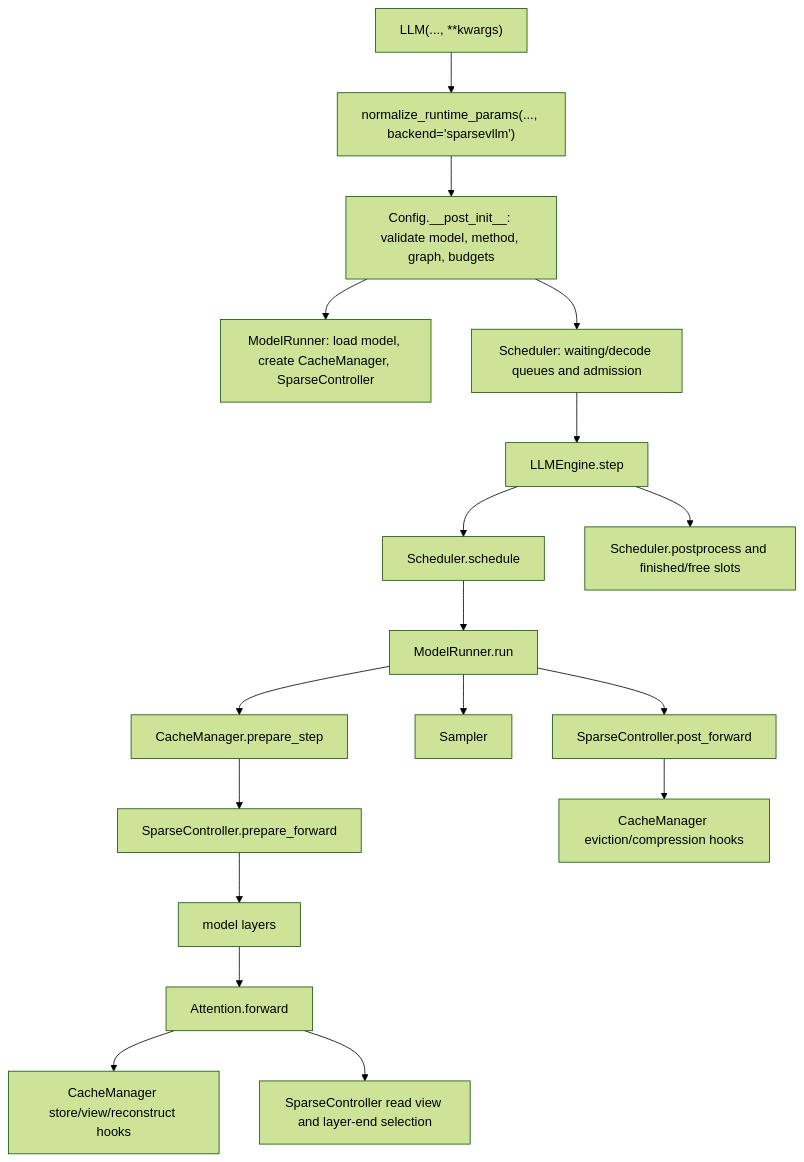
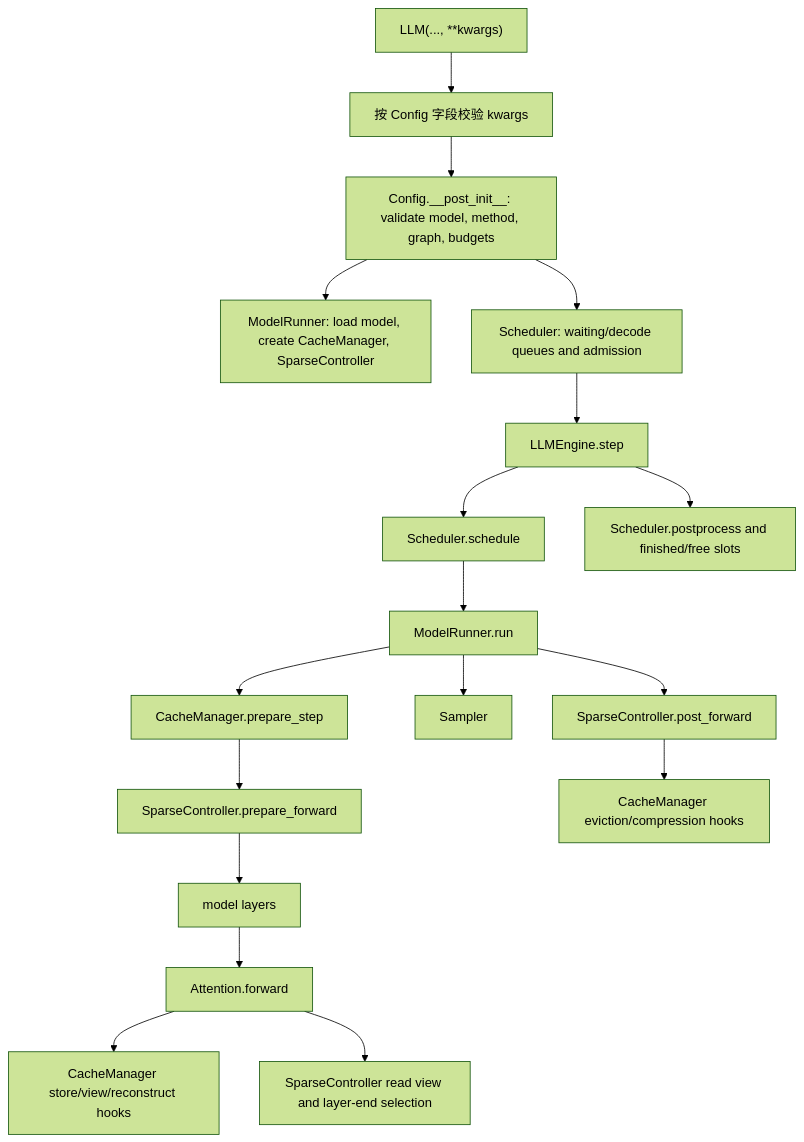
One commit to CURRENTF/Sparse-vLLM changed the diagram in docs/zh/design/control-map.md. Above: the diagram before and after it, drawn with Mermaid (forest theme). The commit also changed other lines of this file and 128 other files, not shown here.

````diff
--- a/docs/zh/design/control-map.md
+++ b/docs/zh/design/control-map.md
@@ -26,20 +26,20 @@
 ```mermaid
 flowchart TD
-    A["LLM(..., **kwargs)"] --> B["normalize_runtime_params(..., backend='sparsevllm')"]
+    A["LLM(..., **kwargs)"] --> B["按 Config 字段校验 kwargs"]
     B --> C["Config.__post_init__: validate model, method, graph, budgets"]
     C --> D["ModelRunner: load model, create CacheManager, SparseController"]
     C --> E["Scheduler: waiting/decode queues and admission"]
     E --> F["LLMEngine.step"]
     F --> G["Scheduler.schedule"]
     G --> H["ModelRunner.run"]
     H --> I["CacheManager.prepare_step"]
     I --> J["SparseController.prepare_forward"]
     J --> K["model layers"]
     K --> L["Attention.forward"]
     L --> M["CacheManager store/view/reconstruct hooks"]
     L --> N["SparseController read view and layer-end selection"]
     H --> O["Sampler"]
     H --> P["SparseController.post_forward"]
     P --> Q["CacheManager eviction/compression hooks"]
     F --> R["Scheduler.postprocess and finished/free slots"]
 ```
````
